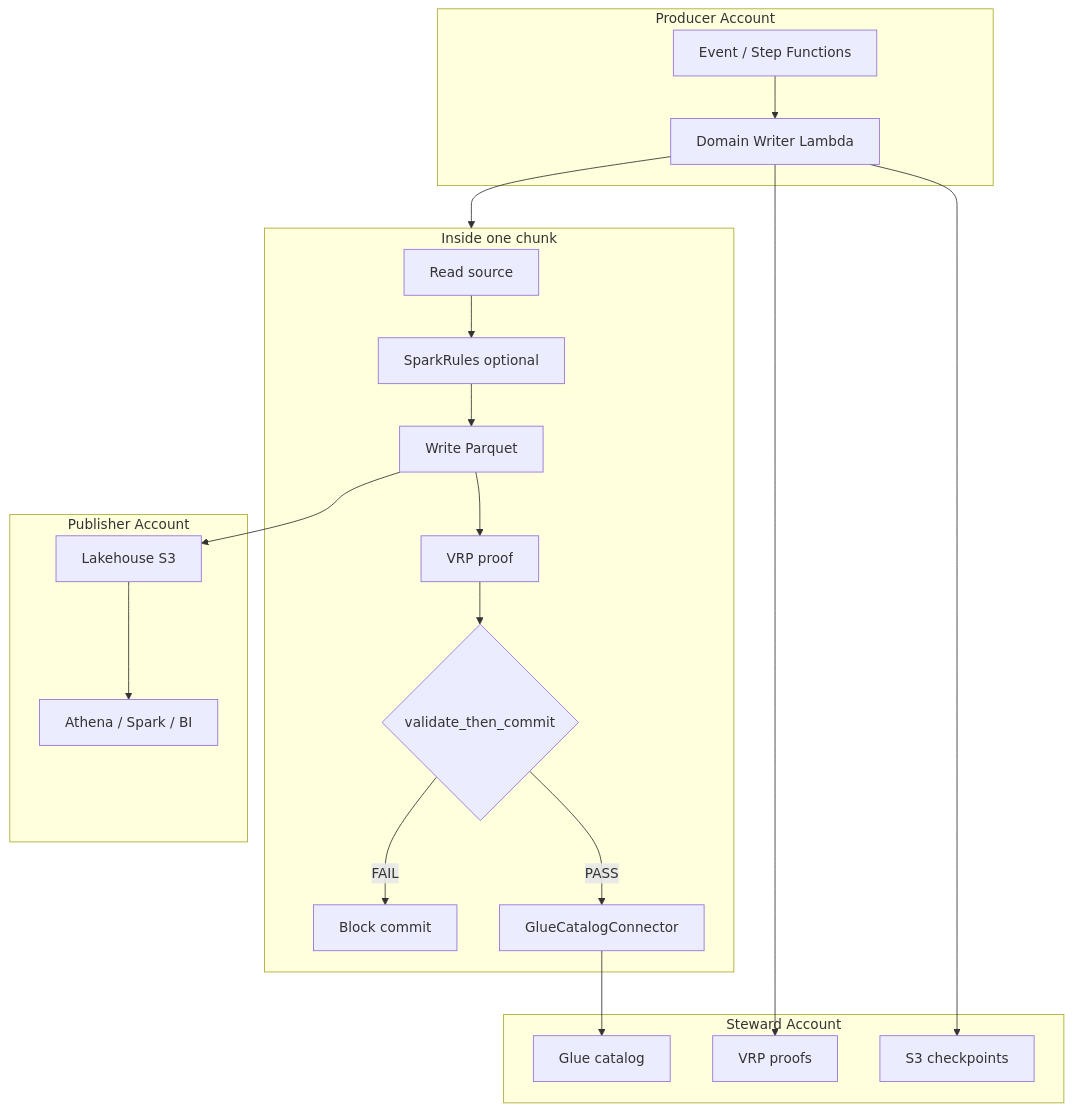
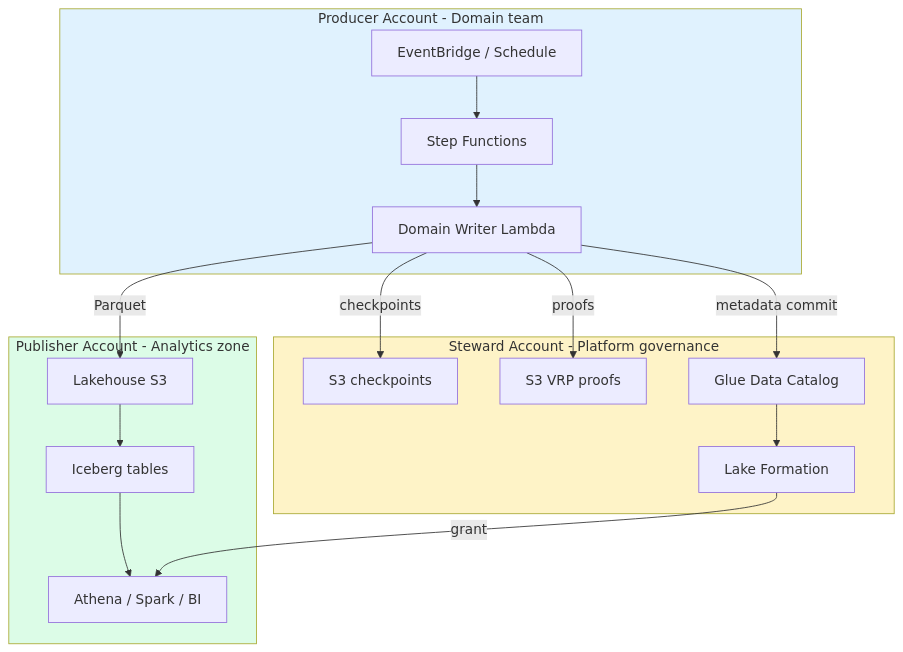
The ninth of 12 diagrams in docs/why-serverless-data-mesh.md (vaquarkhan/aws-serverless-datamesh-framework), drawn with Mermaid before and after one commit. The commit also changed other lines of this file and 17 other files, not shown here.

````diff
--- a/docs/why-serverless-data-mesh.md
+++ b/docs/why-serverless-data-mesh.md
@@ -210,38 +507,34 @@
 ```mermaid
 flowchart TB
-    subgraph producer [Producer Account]
-        EVT[Event / Step Functions]
+    subgraph producer [Producer Account - Domain team]
+        EB[EventBridge / Schedule]
+        SFN[Step Functions]
         L[Domain Writer Lambda]
-        EVT --> L
+        EB --> SFN --> L
     end
 
-    subgraph inside [Inside one chunk]
-        READ[Read source]
-        RULES[SparkRules optional]
-        WRITE[Write Parquet]
-        VRP[VRP proof]
-        GATE{validate_then_commit}
-        META[GlueCatalogConnector]
-        READ --> RULES --> WRITE --> VRP --> GATE
-        GATE -->|PASS| META
-        GATE -->|FAIL| STOP[Block commit]
+    subgraph steward [Steward Account - Platform governance]
+        CHK[S3 checkpoints]
+        PRF[S3 VRP proofs]
+        GLUE[Glue Data Catalog]
+        LF[Lake Formation]
     end
 
-    subgraph steward [Steward Account]
-        CHK[S3 checkpoints]
-        PRF[VRP proofs]
-        CAT[Glue catalog]
+    subgraph publisher [Publisher Account - Analytics zone]
+        LH[Lakehouse S3]
+        ICE[Iceberg tables]
+        ATH[Athena / Spark / BI]
+        LH --> ICE --> ATH
     end
 
-    subgraph publisher [Publisher Account]
-        LH[Lakehouse S3]
-        ATH[Athena / Spark / BI]
-    end
+    L -->|checkpoints| CHK
+    L -->|proofs| PRF
+    L -->|Parquet| LH
+    L -->|metadata commit| GLUE
+    GLUE --> LF
+    LF -->|grant| ATH
 
-    L --> inside
-    L --> CHK
-    L --> PRF
-    META --> CAT
-    WRITE --> LH
-    LH --> ATH
+    style producer fill:#e0f2fe
+    style steward fill:#fef3c7
+    style publisher fill:#dcfce7
 ```
````
